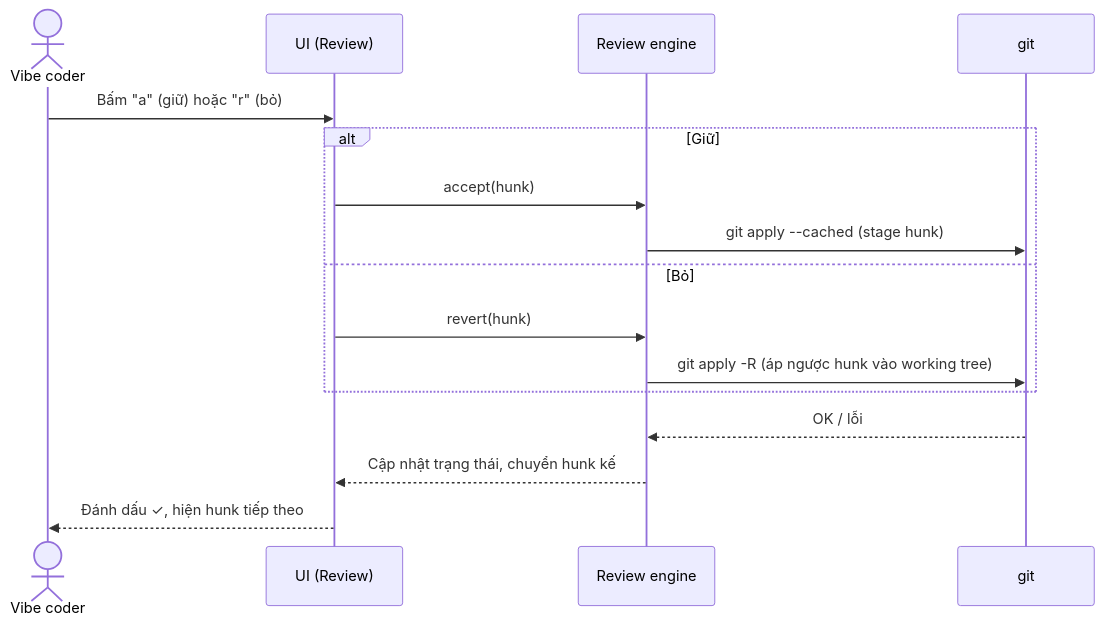
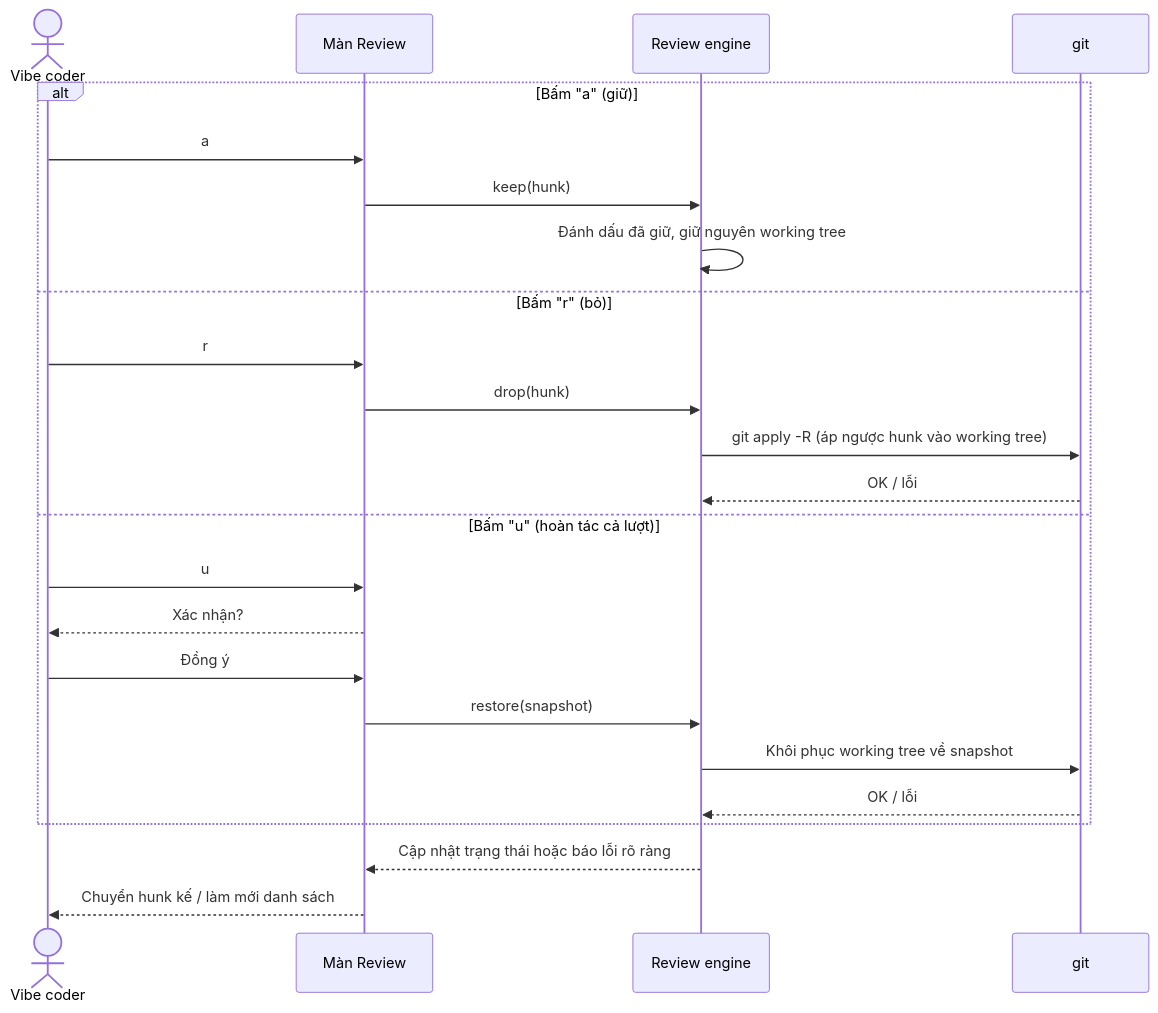
One commit to lhnhidev/dark changed the second of 7 diagrams in docs/SEQUENCE.md. Above: the diagram before and after it, drawn with Mermaid. The commit also changed other lines of this file and 7 other files, not shown here.

Commit message:
docs: redefine product scope and roadmap

````diff
--- a/docs/SEQUENCE.md
+++ b/docs/SEQUENCE.md
@@ -32,19 +34,27 @@
 ```mermaid
 sequenceDiagram
     actor U as Vibe coder
-    participant UI as UI (Review)
+    participant UI as Màn Review
     participant RV as Review engine
     participant G as git
 
-    U->>UI: Bấm "a" (giữ) hoặc "r" (bỏ)
-    alt Giữ
-        UI->>RV: accept(hunk)
-        RV->>G: git apply --cached (stage hunk)
-    else Bỏ
-        UI->>RV: revert(hunk)
+    alt Bấm "a" (giữ)
+        U->>UI: a
+        UI->>RV: keep(hunk)
+        RV->>RV: Đánh dấu đã giữ, giữ nguyên working tree
+    else Bấm "r" (bỏ)
+        U->>UI: r
+        UI->>RV: drop(hunk)
         RV->>G: git apply -R (áp ngược hunk vào working tree)
+        G-->>RV: OK / lỗi
+    else Bấm "u" (hoàn tác cả lượt)
+        U->>UI: u
+        UI-->>U: Xác nhận?
+        U->>UI: Đồng ý
+        UI->>RV: restore(snapshot)
+        RV->>G: Khôi phục working tree về snapshot
+        G-->>RV: OK / lỗi
     end
-    G-->>RV: OK / lỗi
-    RV-->>UI: Cập nhật trạng thái, chuyển hunk kế
-    UI-->>U: Đánh dấu ✓, hiện hunk tiếp theo
+    RV-->>UI: Cập nhật trạng thái hoặc báo lỗi rõ ràng
+    UI-->>U: Chuyển hunk kế / làm mới danh sách
 ```
````
